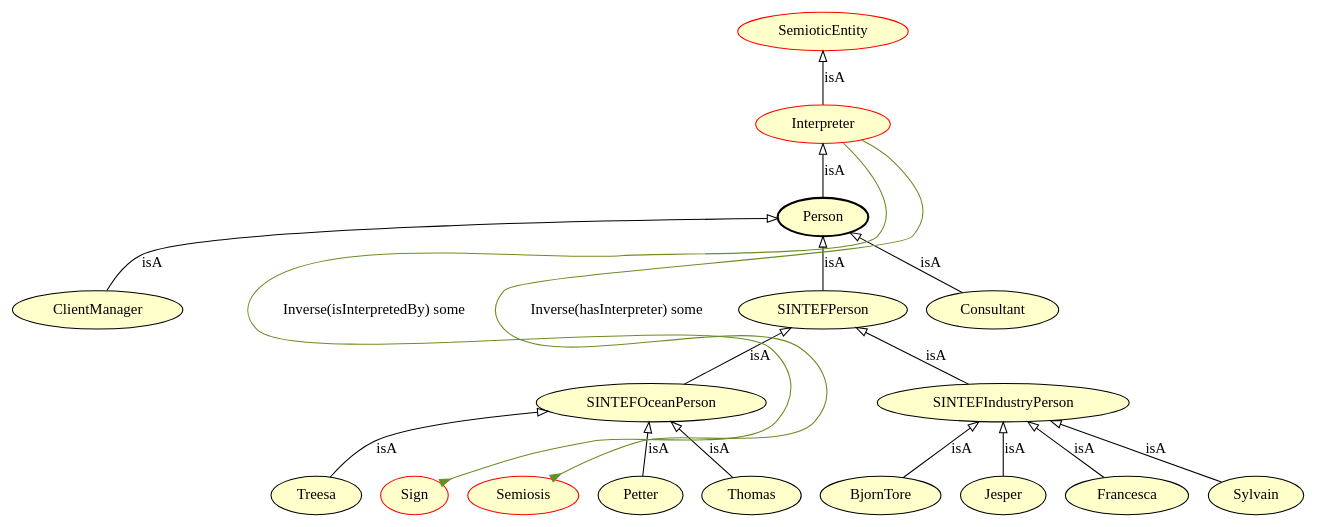
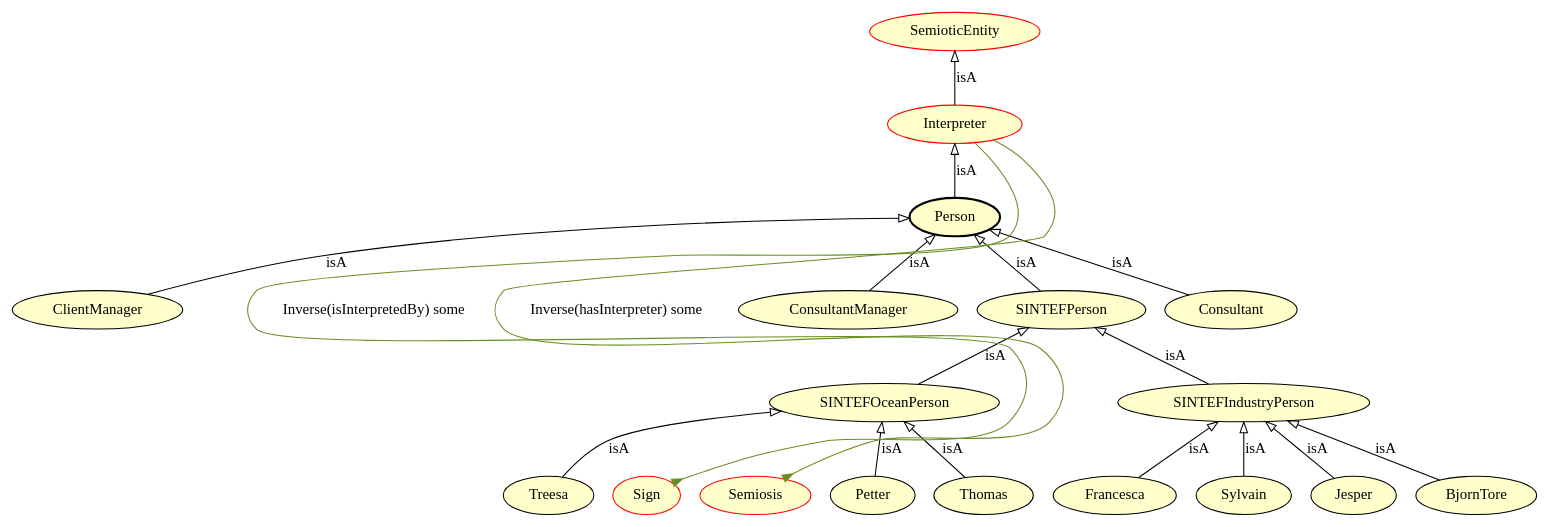
The diagram in notebooks/Digraph.gv (alexanderwiebe/owl-client-relationship), drawn with Graphviz before and after one commit. The commit also changed 4 other files, not shown here.

```diff
--- a/notebooks/Digraph.gv
+++ b/notebooks/Digraph.gv
@@ -1,36 +1,38 @@
 digraph {
 	graph [fontsize=8 rankdir=BT]
-	Sylvain [label=Sylvain URL="http://example.org/owl-client-relationship#EMMO_dbca868b-e8ec-5b26-8929-e319db1c534f" fillcolor="#ffffcc" style=filled]
-	SINTEFPerson [label=SINTEFPerson URL="http://example.org/owl-client-relationship#EMMO_7e775797-9967-5bee-9698-f87a965d118e" fillcolor="#ffffcc" style=filled]
+	BjornTore [label=BjornTore URL="http://example.org/owl-client-relationship#EMMO_71f7ecb6-a711-5787-b5ec-d764eaed71e8" fillcolor="#ffffcc" style=filled]
 	Petter [label=Petter URL="http://example.org/owl-client-relationship#EMMO_f26059cd-fb61-537c-a625-2c8338367424" fillcolor="#ffffcc" style=filled]
+	Person [label=Person URL="http://example.org/owl-client-relationship#EMMO_3b652611-f435-5b44-88dd-9d3337e4e5a3" fillcolor="#ffffcc" penwidth=2 style=filled]
 	Thomas [label=Thomas URL="http://example.org/owl-client-relationship#EMMO_e9a892e3-4212-52b1-98da-b91c2a32c965" fillcolor="#ffffcc" style=filled]
 	Consultant [label=Consultant URL="http://example.org/owl-client-relationship#EMMO_4b473939-6d2a-5342-a4da-4218c05009cb" fillcolor="#ffffcc" style=filled]
-	BjornTore [label=BjornTore URL="http://example.org/owl-client-relationship#EMMO_71f7ecb6-a711-5787-b5ec-d764eaed71e8" fillcolor="#ffffcc" style=filled]
-	Person [label=Person URL="http://example.org/owl-client-relationship#EMMO_3b652611-f435-5b44-88dd-9d3337e4e5a3" fillcolor="#ffffcc" penwidth=2 style=filled]
+	SINTEFPerson [label=SINTEFPerson URL="http://example.org/owl-client-relationship#EMMO_7e775797-9967-5bee-9698-f87a965d118e" fillcolor="#ffffcc" style=filled]
+	Francesca [label=Francesca URL="http://example.org/owl-client-relationship#EMMO_39c5d034-c6b5-572c-9a79-4eb0e332e7fb" fillcolor="#ffffcc" style=filled]
+	ClientManager [label=ClientManager URL="http://example.org/owl-client-relationship#EMMO_0faf89e8-8210-5c7a-b85c-b2d51e896b76" fillcolor="#ffffcc" style=filled]
 	SINTEFIndustryPerson [label=SINTEFIndustryPerson URL="http://example.org/owl-client-relationship#EMMO_b36d2d3b-e9b0-5909-9a8d-40fd3a1efaa1" fillcolor="#ffffcc" style=filled]
+	Sylvain [label=Sylvain URL="http://example.org/owl-client-relationship#EMMO_dbca868b-e8ec-5b26-8929-e319db1c534f" fillcolor="#ffffcc" style=filled]
+	ConsultantManager [label=ConsultantManager URL="http://example.org/owl-client-relationship#EMMO_b9ee246e-f9d9-53e4-b71c-d433d4476f94" fillcolor="#ffffcc" style=filled]
 	Treesa [label=Treesa URL="http://example.org/owl-client-relationship#EMMO_a9817951-4720-5572-8941-ff9f85b0c4a1" fillcolor="#ffffcc" style=filled]
-	ClientManager [label=ClientManager URL="http://example.org/owl-client-relationship#EMMO_0faf89e8-8210-5c7a-b85c-b2d51e896b76" fillcolor="#ffffcc" style=filled]
+	SINTEFOceanPerson [label=SINTEFOceanPerson URL="http://example.org/owl-client-relationship#EMMO_dcafb1c6-5b23-5850-a9e3-838e73b395e3" fillcolor="#ffffcc" style=filled]
 	Jesper [label=Jesper URL="http://example.org/owl-client-relationship#EMMO_a6ceba78-3a54-5288-a8c0-8bc377e8bc4c" fillcolor="#ffffcc" style=filled]
-	SINTEFOceanPerson [label=SINTEFOceanPerson URL="http://example.org/owl-client-relationship#EMMO_dcafb1c6-5b23-5850-a9e3-838e73b395e3" fillcolor="#ffffcc" style=filled]
-	Francesca [label=Francesca URL="http://example.org/owl-client-relationship#EMMO_39c5d034-c6b5-572c-9a79-4eb0e332e7fb" fillcolor="#ffffcc" style=filled]
 	Treesa -> SINTEFOceanPerson [label=isA arrowhead=empty]
 	BjornTore -> SINTEFIndustryPerson [label=isA arrowhead=empty]
+	ConsultantManager -> Person [label=isA arrowhead=empty]
 	Thomas -> SINTEFOceanPerson [label=isA arrowhead=empty]
 	Jesper -> SINTEFIndustryPerson [label=isA arrowhead=empty]
 	SINTEFPerson -> Person [label=isA arrowhead=empty]
 	Interpreter [label=Interpreter URL="https://w3id.org/emmo#EMMO_0527413c_b286_4e9c_b2d0_03fb2a038dee" color=red fillcolor="#ffffcc" style=filled]
 	Person -> Interpreter [label=isA arrowhead=empty]
 	SINTEFIndustryPerson -> SINTEFPerson [label=isA arrowhead=empty]
+	Francesca -> SINTEFIndustryPerson [label=isA arrowhead=empty]
 	SINTEFOceanPerson -> SINTEFPerson [label=isA arrowhead=empty]
-	Francesca -> SINTEFIndustryPerson [label=isA arrowhead=empty]
 	ClientManager -> Person [label=isA arrowhead=empty]
 	Consultant -> Person [label=isA arrowhead=empty]
 	Sylvain -> SINTEFIndustryPerson [label=isA arrowhead=empty]
 	Petter -> SINTEFOceanPerson [label=isA arrowhead=empty]
 	SemioticEntity [label=SemioticEntity URL="https://w3id.org/emmo#EMMO_b803f122_4acb_4064_9d71_c1e5fd091fc9" color=red fillcolor="#ffffcc" style=filled]
 	Interpreter -> SemioticEntity [label=isA arrowhead=empty]
 	Sign [label=Sign URL="https://w3id.org/emmo#EMMO_b21a56ed_f969_4612_a6ec_cb7766f7f31d" color=red fillcolor="#ffffcc" style=filled]
 	Interpreter -> Sign [label="Inverse(isInterpretedBy) some" arrowhead=inv color=olivedrab constraint=false]
 	Semiosis [label=Semiosis URL="https://w3id.org/emmo#EMMO_008fd3b2_4013_451f_8827_52bceab11841" color=red fillcolor="#ffffcc" style=filled]
 	Interpreter -> Semiosis [label="Inverse(hasInterpreter) some" arrowhead=inv color=olivedrab constraint=false]
 }
```
